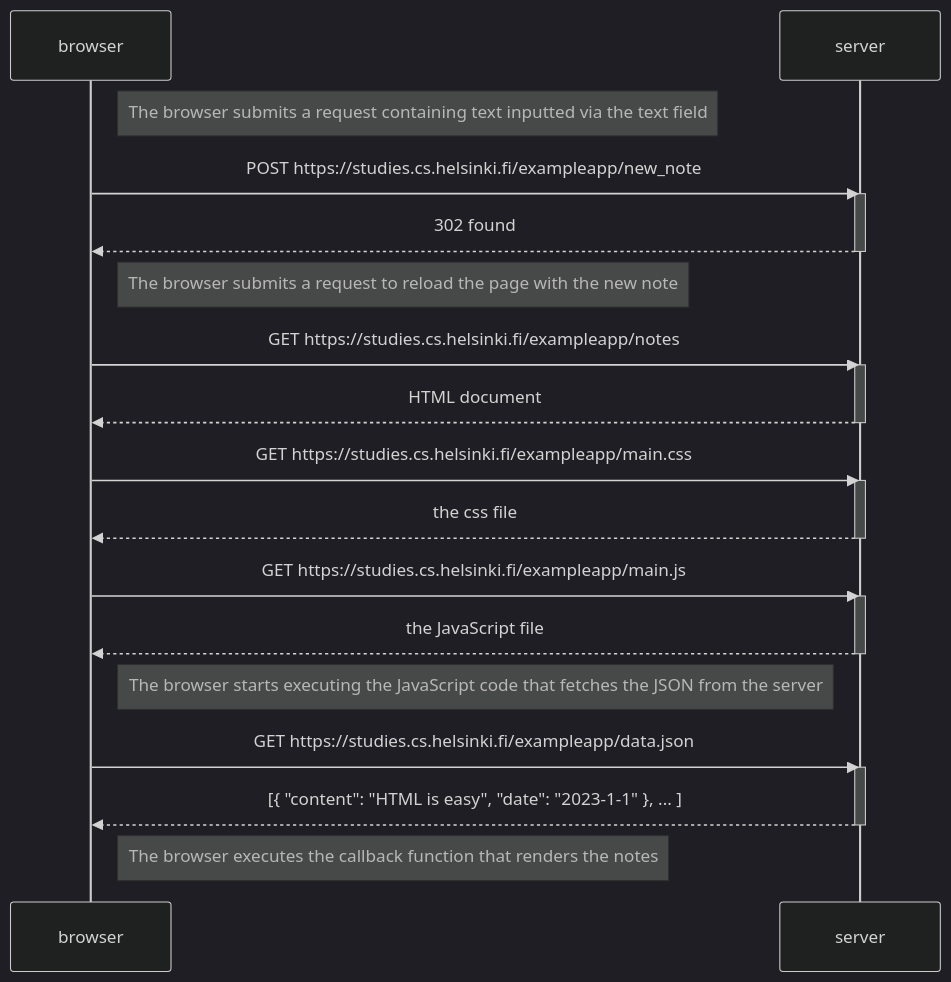
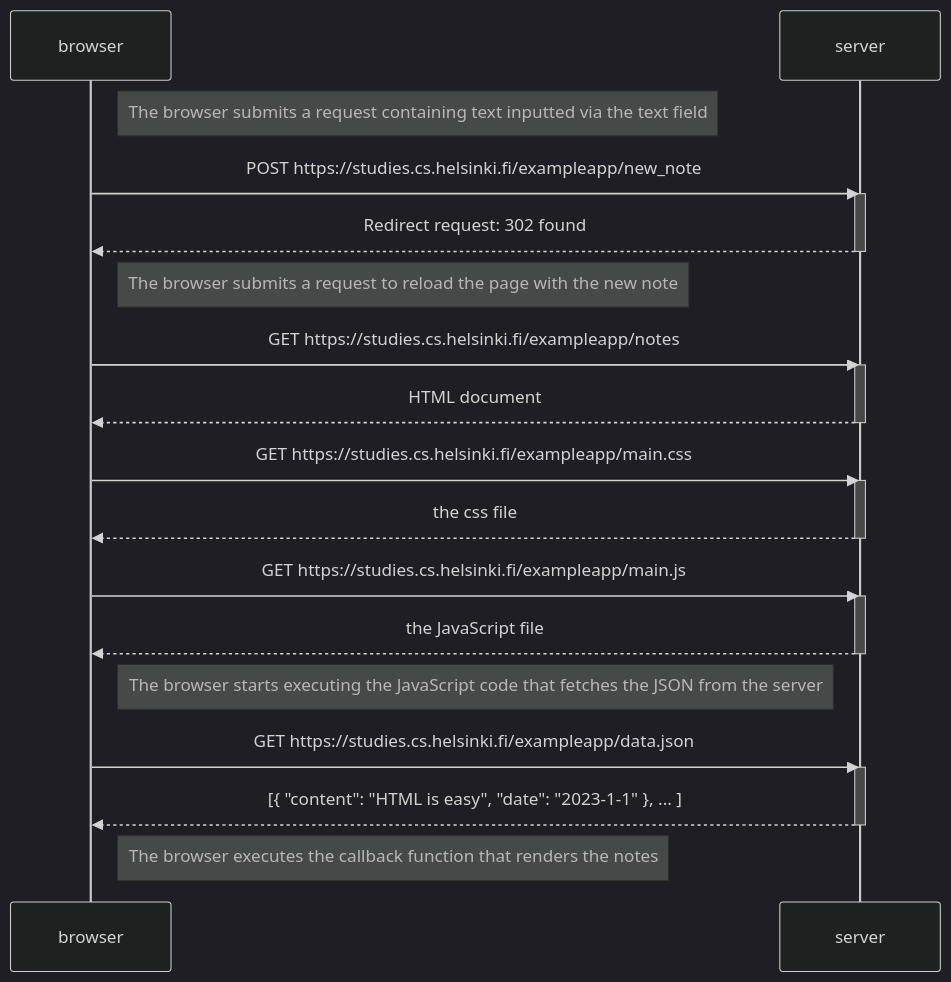
Before and after one commit to richardjchris/fullstackopen-course-2023: the diagram in part0/submission 0.4.md, drawn with Mermaid (dark theme).

Commit message:
Update submission 0.4.md

````diff
--- a/part0/submission 0.4.md
+++ b/part0/submission 0.4.md
@@ -3,38 +3,38 @@
 ```mermaid
     sequenceDiagram
     participant browser
     participant server
 
     Note right of browser: The browser submits a request containing text inputted via the text field
 
     browser->>server: POST https://studies.cs.helsinki.fi/exampleapp/new_note
     activate server
-    server-->>browser: 302 found
+    server-->>browser: Redirect request: 302 found
     deactivate server
     
     Note right of browser: The browser submits a request to reload the page with the new note
     
     browser->>server: GET https://studies.cs.helsinki.fi/exampleapp/notes
     activate server
     server-->>browser: HTML document
     deactivate server
 
     browser->>server: GET https://studies.cs.helsinki.fi/exampleapp/main.css
     activate server
     server-->>browser: the css file
     deactivate server
 
     browser->>server: GET https://studies.cs.helsinki.fi/exampleapp/main.js
     activate server
     server-->>browser: the JavaScript file
     deactivate server
 
     Note right of browser: The browser starts executing the JavaScript code that fetches the JSON from the server
 
     browser->>server: GET https://studies.cs.helsinki.fi/exampleapp/data.json
     activate server
     server-->>browser: [{ "content": "HTML is easy", "date": "2023-1-1" }, ... ]
     deactivate server
 
     Note right of browser: The browser executes the callback function that renders the notes
 ```
````
